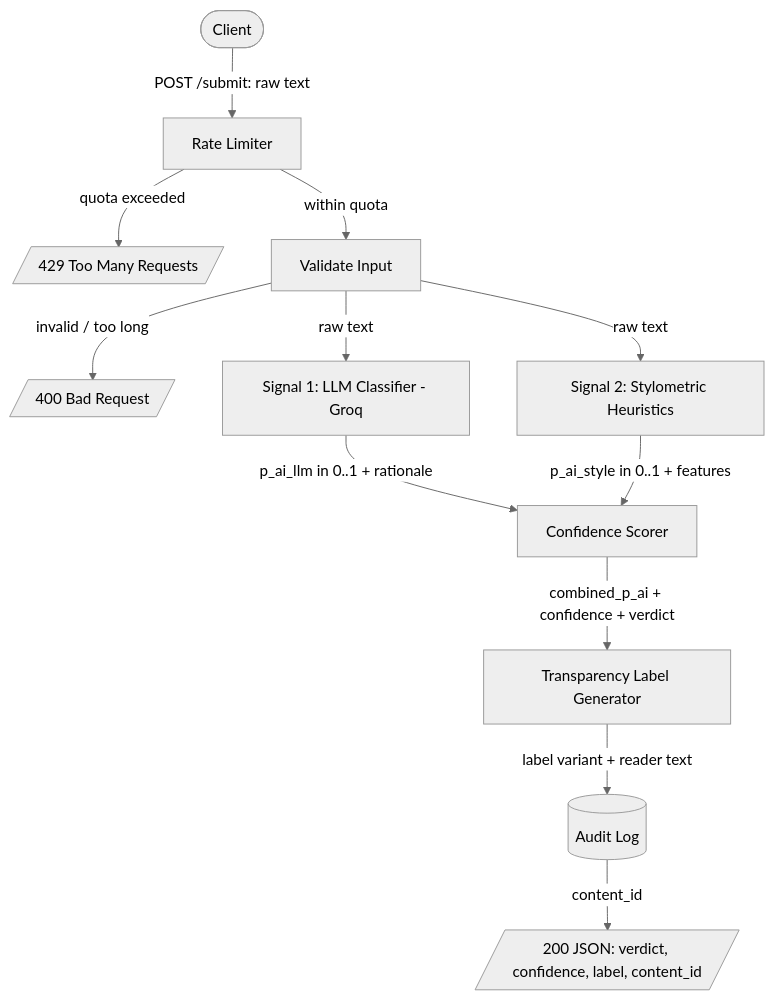
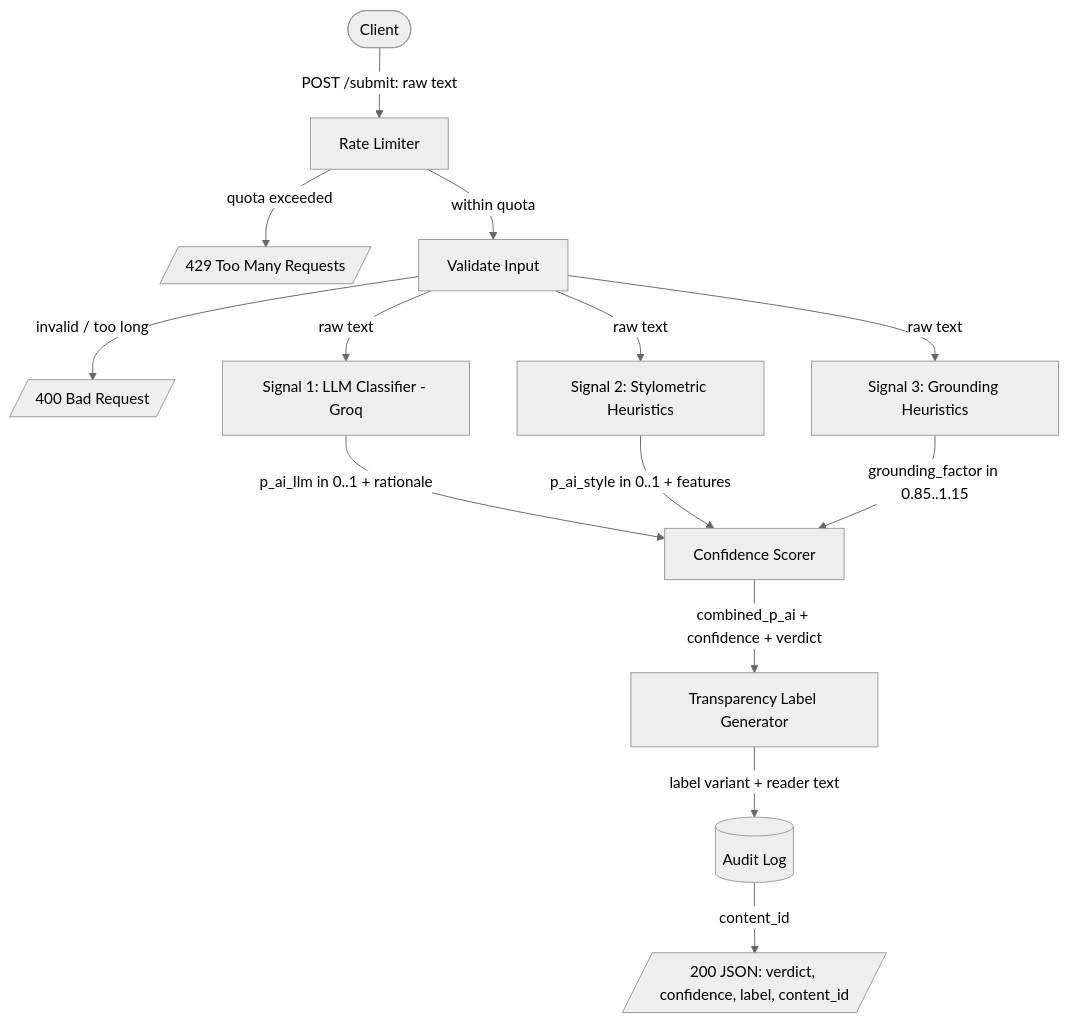
One commit to DasEd955/AttributionLens changed the first of 2 diagrams in planning.md. Above: the diagram before and after it, drawn with Mermaid (neutral theme). The commit also changed other lines of this file and 14 other files, not shown here.

````diff
--- a/planning.md
+++ b/planning.md
@@ -33,14 +34,16 @@
 ```mermaid
 flowchart TD
     A([Client]) -->|POST /submit: raw text| B[Rate Limiter]
     B -->|quota exceeded| RL[/429 Too Many Requests/]
     B -->|within quota| C[Validate Input]
     C -->|invalid / too long| ERR[/400 Bad Request/]
     C -->|raw text| D[Signal 1: LLM Classifier - Groq]
     C -->|raw text| E[Signal 2: Stylometric Heuristics]
+    C -->|raw text| G3[Signal 3: Grounding Heuristics]
     D -->|p_ai_llm in 0..1 + rationale| F[Confidence Scorer]
     E -->|p_ai_style in 0..1 + features| F
+    G3 -->|grounding_factor in 0.85..1.15| F
     F -->|combined_p_ai + confidence + verdict| G[Transparency Label Generator]
     G -->|label variant + reader text| H[(Audit Log)]
     H -->|content_id| I[/200 JSON: verdict, confidence, label, content_id/]
 ```
````
